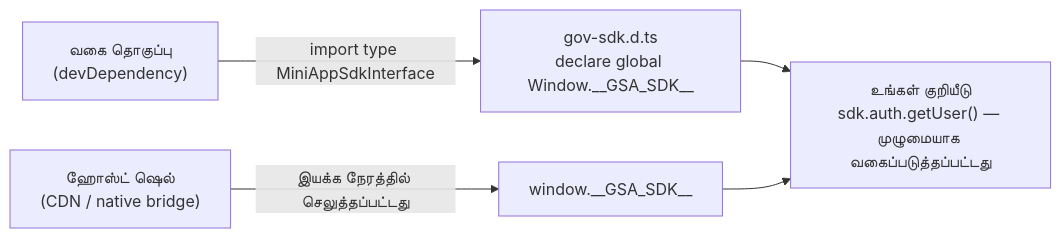
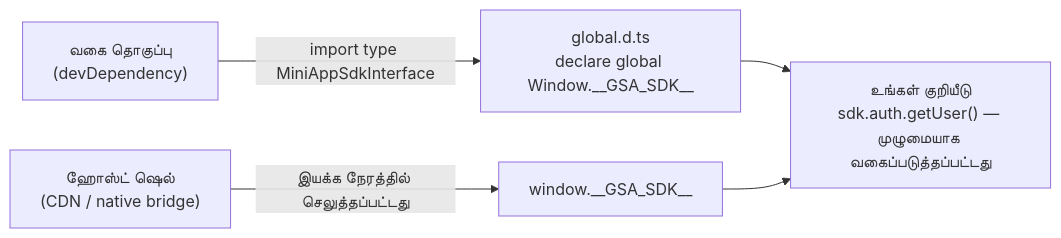
Before and after one commit to lizuzsusil/developer-portal: the diagram in i18n/ta/docusaurus-plugin-content-docs/current/getting-started.mdx, drawn with Mermaid. The commit also changed other lines of this file and 9 other files, not shown here.

````diff
--- a/i18n/ta/docusaurus-plugin-content-docs/current/getting-started.mdx
+++ b/i18n/ta/docusaurus-plugin-content-docs/current/getting-started.mdx
@@ -25,7 +25,7 @@
 ```mermaid
 flowchart LR
-    A["வகை தொகுப்பு<br/>(devDependency)"] -->|"import type MiniAppSdkInterface"| B["gov-sdk.d.ts<br/>declare global Window.__GSA_SDK__"]
+    A["வகை தொகுப்பு<br/>(devDependency)"] -->|"import type MiniAppSdkInterface"| B["global.d.ts<br/>declare global Window.__GSA_SDK__"]
     B --> C["உங்கள் குறியீடு<br/>sdk.auth.getUser() — முழுமையாக வகைப்படுத்தப்பட்டது"]
     D["ஹோஸ்ட் ஷெல்<br/>(CDN / native bridge)"] -->|"இயக்க நேரத்தில் செலுத்தப்பட்டது"| E["window.__GSA_SDK__"]
     E --> C
 ```
````
